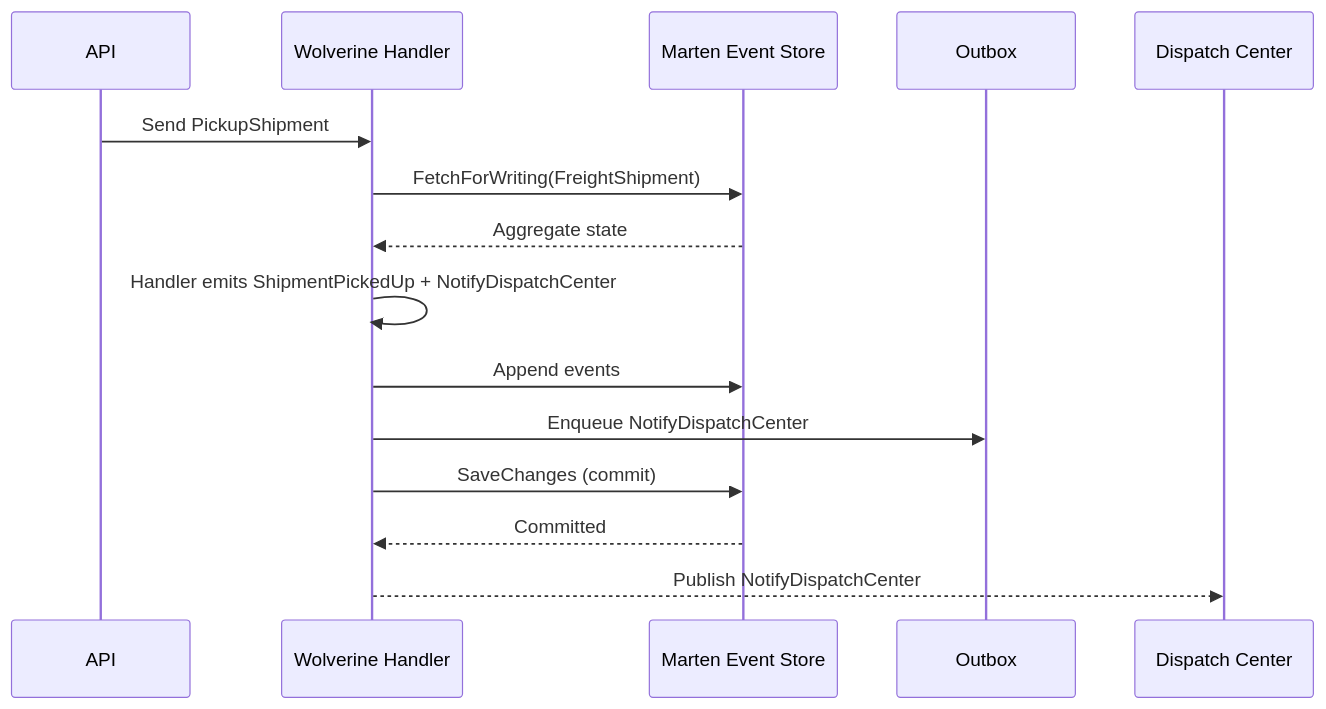
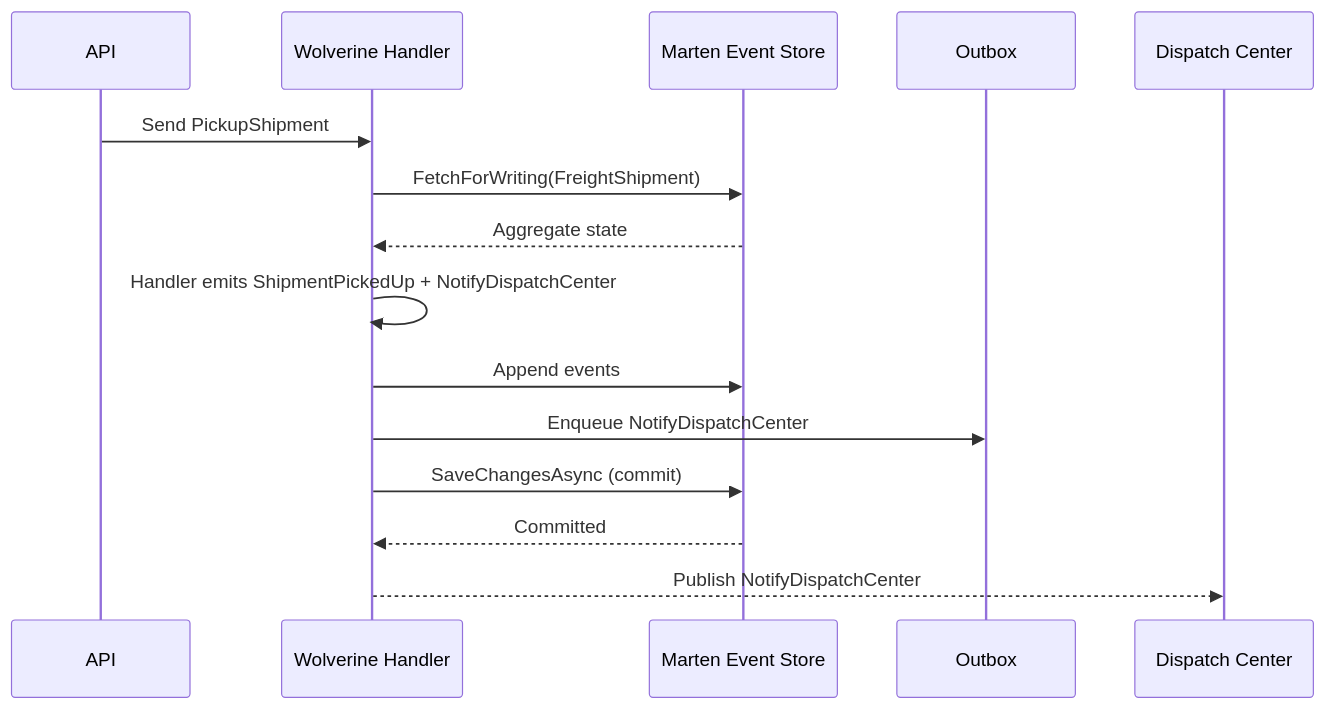
Before and after one commit to JasperFx/marten: the diagram in docs/tutorials/wolverine-integration.md, drawn with Mermaid. The commit also changed 20 other files, not shown here.

````diff
--- a/docs/tutorials/wolverine-integration.md
+++ b/docs/tutorials/wolverine-integration.md
@@ -58,18 +58,18 @@
 ```mermaid
 sequenceDiagram
     participant API as API
     participant Wolverine as Wolverine Handler
     participant Marten as Marten Event Store
     participant Outbox as Outbox
     participant Dispatch as Dispatch Center
 
     API->>Wolverine: Send PickupShipment
     Wolverine->>Marten: FetchForWriting(FreightShipment)
     Marten-->>Wolverine: Aggregate state
     Wolverine->>Wolverine: Handler emits ShipmentPickedUp + NotifyDispatchCenter
     Wolverine->>Marten: Append events
     Wolverine->>Outbox: Enqueue NotifyDispatchCenter
-    Wolverine->>Marten: SaveChanges (commit)
+    Wolverine->>Marten: SaveChangesAsync (commit)
     Marten-->>Wolverine: Committed
     Wolverine-->>Dispatch: Publish NotifyDispatchCenter
 ```
````
